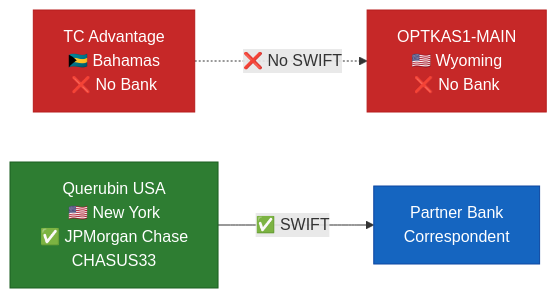
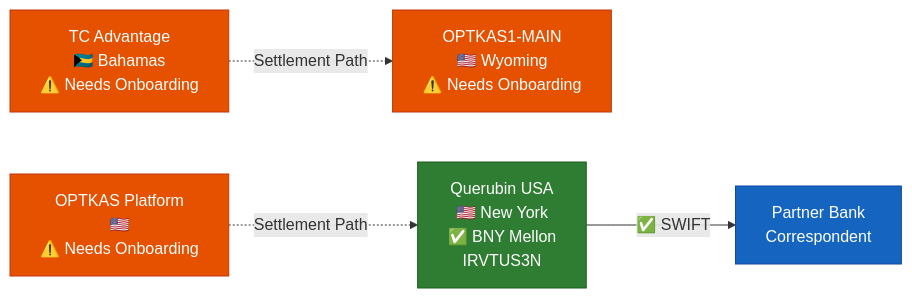
Before and after one commit to unykornai/optkas-bank-vi: the tenth of 10 diagrams in README.md, drawn with Mermaid. The commit also changed other lines of this file, not shown here.

````diff
--- a/README.md
+++ b/README.md
@@ -630,11 +824,14 @@
 ```mermaid
 graph LR
-    TC["TC Advantage<br/>🇧🇸 Bahamas<br/>❌ No Bank"] -.->|"❌ No SWIFT"| OPT1["OPTKAS1-MAIN<br/>🇺🇸 Wyoming<br/>❌ No Bank"]
+    TC["TC Advantage<br/>🇧🇸 Bahamas<br/>⚠️ Needs Onboarding"] -.->|"Settlement Path"| OPT1["OPTKAS1-MAIN<br/>🇺🇸 Wyoming<br/>⚠️ Needs Onboarding"]
 
-    QRB["Querubin USA<br/>🇺🇸 New York<br/>✅ JPMorgan Chase<br/>CHASUS33"] -->|"✅ SWIFT"| Partner["Partner Bank<br/>Correspondent"]
+    QRB["Querubin USA<br/>🇺🇸 New York<br/>✅ BNY Mellon<br/>IRVTUS3N"] -->|"✅ SWIFT"| Partner["Partner Bank<br/>Correspondent"]
 
-    style TC fill:#c62828,stroke:#b71c1c,color:#fff
-    style OPT1 fill:#c62828,stroke:#b71c1c,color:#fff
+    OPTP["OPTKAS Platform<br/>🇺🇸<br/>⚠️ Needs Onboarding"] -.->|"Settlement Path"| QRB
+
+    style TC fill:#e65100,stroke:#bf360c,color:#fff
+    style OPT1 fill:#e65100,stroke:#bf360c,color:#fff
     style QRB fill:#2e7d32,stroke:#1b5e20,color:#fff
+    style OPTP fill:#e65100,stroke:#bf360c,color:#fff
     style Partner fill:#1565c0,stroke:#0d47a1,color:#fff
 ```
````
